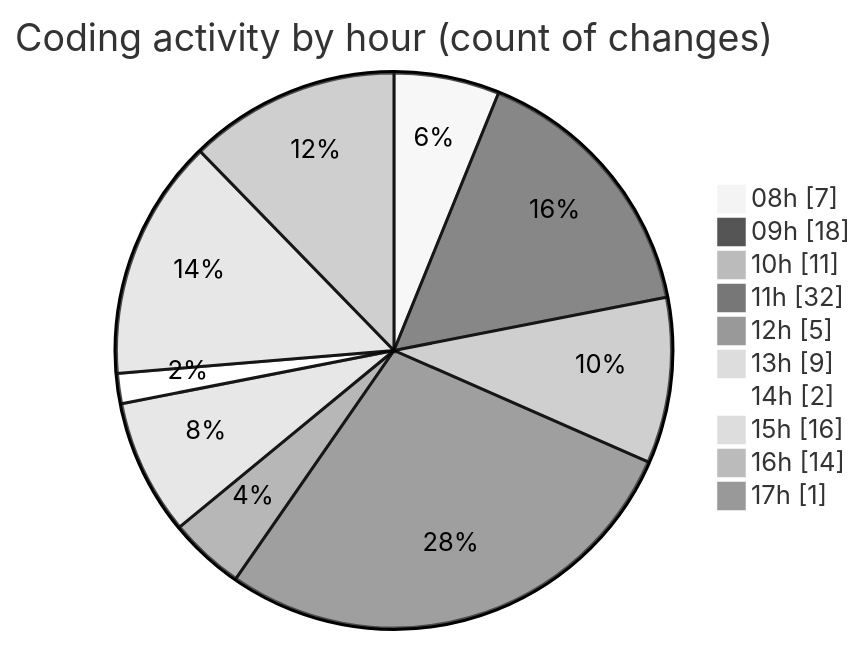
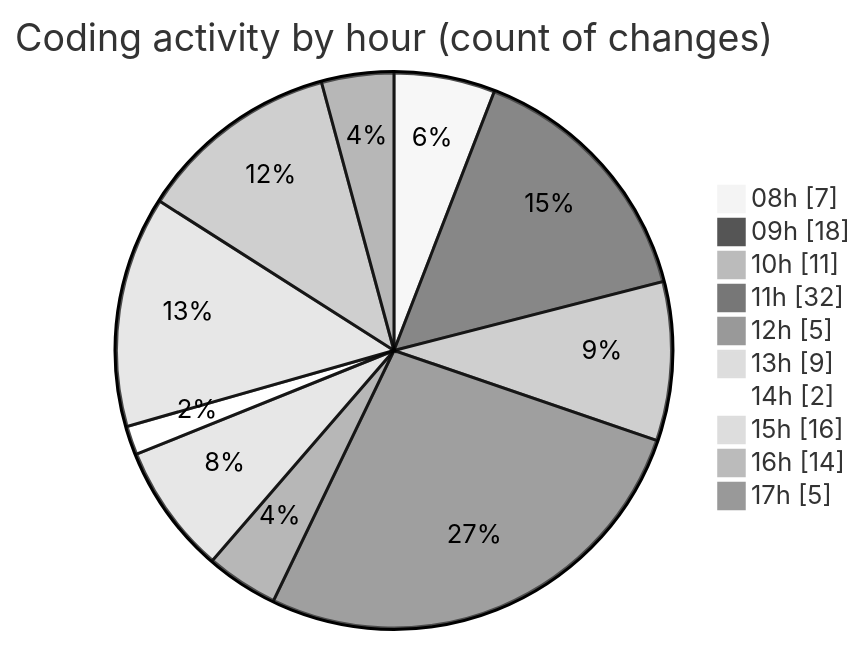
The second of 2 diagrams in 2025-11-11/cda/README.md (momahboobian/code-tracking), drawn with Mermaid (neutral theme) before and after one commit. The commit also changed other lines of this file and 1 other file, not shown here.

````diff
--- a/2025-11-11/cda/README.md
+++ b/2025-11-11/cda/README.md
@@ -50,14 +52,14 @@
 ```mermaid
 pie showData
 title Coding activity by hour (count of changes)
 "08h" : 7
 "09h" : 18
 "10h" : 11
 "11h" : 32
 "12h" : 5
 "13h" : 9
 "14h" : 2
 "15h" : 16
 "16h" : 14
-"17h" : 1
+"17h" : 5
 ```
````
